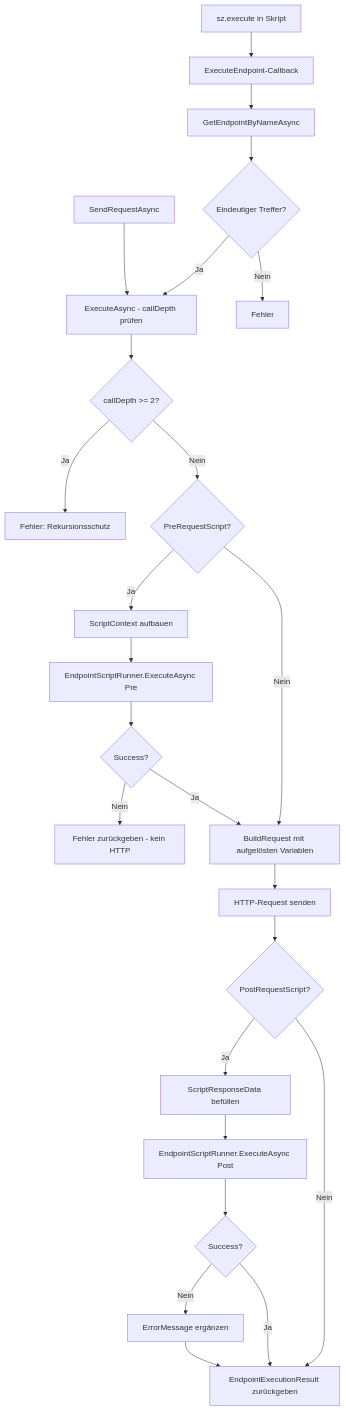
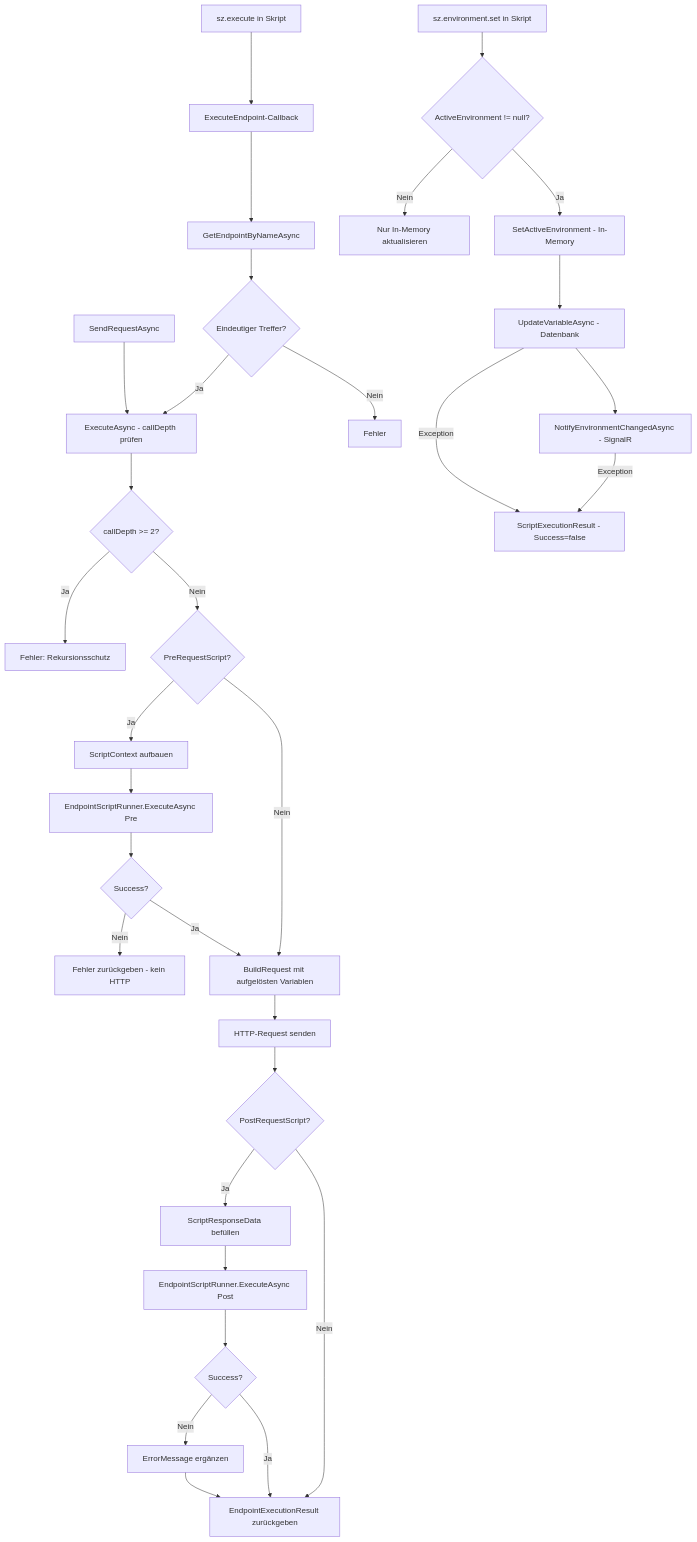
One commit to martin-stromberg/Schnittstellenzentrale changed the first of 2 diagrams in docs/help/endpunkte/ablauf-technisch.md. Above: the diagram before and after it, drawn with Mermaid. The commit also changed other lines of this file and 22 other files, not shown here.

Commit message:
feat: Umgebungsvariablen durch sz.environment.set persistent in DB speichern

````diff
--- a/docs/help/endpunkte/ablauf-technisch.md
+++ b/docs/help/endpunkte/ablauf-technisch.md
@@ -224,28 +254,36 @@
 ```mermaid
 flowchart TD
     A[SendRequestAsync] --> B[ExecuteAsync - callDepth prüfen]
     B --> C{callDepth >= 2?}
     C -- Ja --> D[Fehler: Rekursionsschutz]
     C -- Nein --> E{PreRequestScript?}
     E -- Ja --> F[ScriptContext aufbauen]
     F --> G[EndpointScriptRunner.ExecuteAsync Pre]
     G --> H{Success?}
     H -- Nein --> I[Fehler zurückgeben - kein HTTP]
     H -- Ja --> J[BuildRequest mit aufgelösten Variablen]
     E -- Nein --> J
     J --> K[HTTP-Request senden]
     K --> L{PostRequestScript?}
     L -- Ja --> M[ScriptResponseData befüllen]
     M --> N[EndpointScriptRunner.ExecuteAsync Post]
     N --> O{Success?}
     O -- Nein --> P[ErrorMessage ergänzen]
     P --> Q[EndpointExecutionResult zurückgeben]
     O -- Ja --> Q
     L -- Nein --> Q
 
     G2[sz.execute in Skript] --> R[ExecuteEndpoint-Callback]
     R --> S[GetEndpointByNameAsync]
     S --> T{Eindeutiger Treffer?}
     T -- Nein --> U[Fehler]
     T -- Ja --> B
+
+    G3[sz.environment.set in Skript] --> V{ActiveEnvironment != null?}
+    V -- Nein --> W[Nur In-Memory aktualisieren]
+    V -- Ja --> X[SetActiveEnvironment - In-Memory]
+    X --> Y[UpdateVariableAsync - Datenbank]
+    Y --> Z[NotifyEnvironmentChangedAsync - SignalR]
+    Y -- Exception --> AA[ScriptExecutionResult - Success=false]
+    Z -- Exception --> AA
 ```
````
